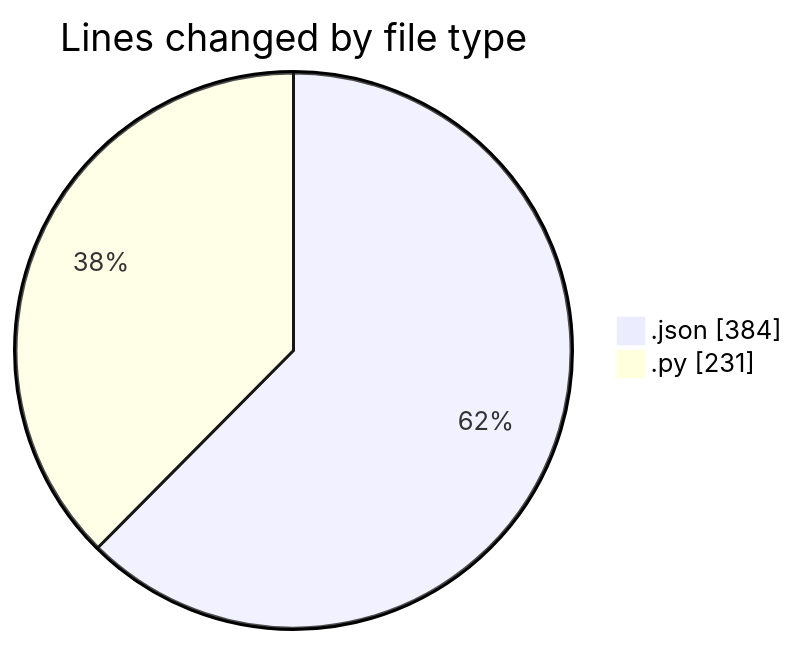
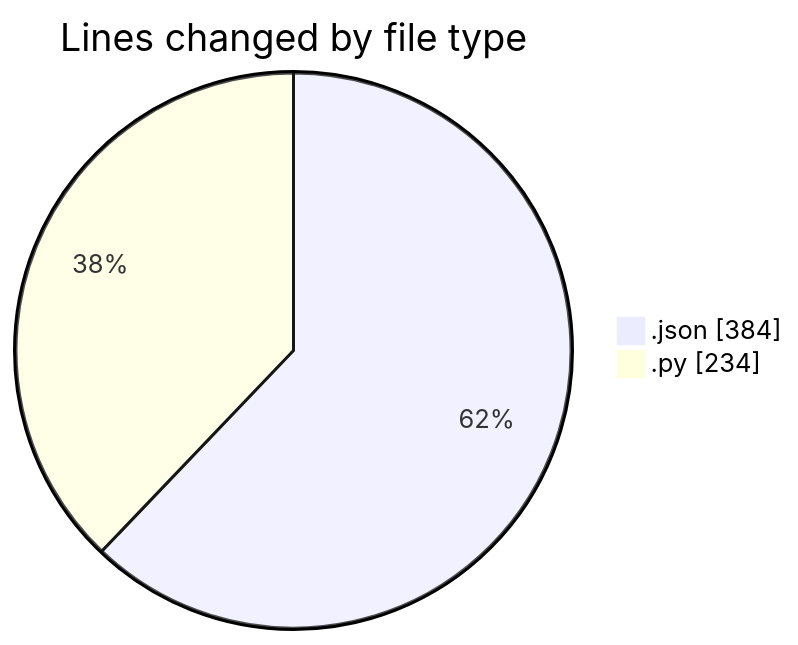
Before and after one commit to Ritupan-Deka/code-tracking: the first of 2 diagrams in 2026-01-02/dsa/README.md, drawn with Mermaid. The commit also changed other lines of this file and 1 other file, not shown here.

````diff
--- a/2026-01-02/dsa/README.md
+++ b/2026-01-02/dsa/README.md
@@ -22,6 +22,6 @@
 ```mermaid
 pie showData
 title Lines changed by file type
 ".json" : 384
-".py" : 231
+".py" : 234
 ```
````
